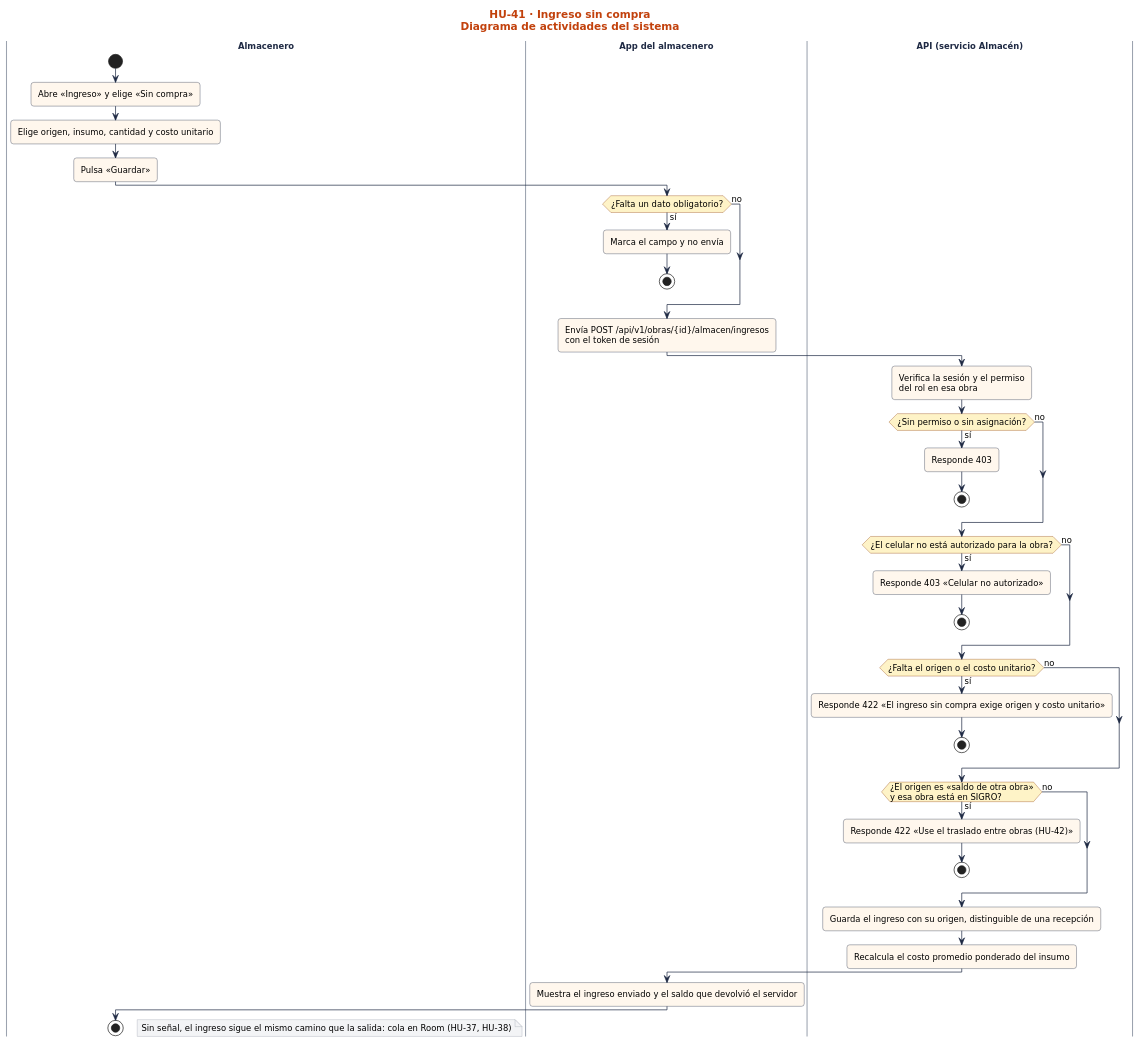
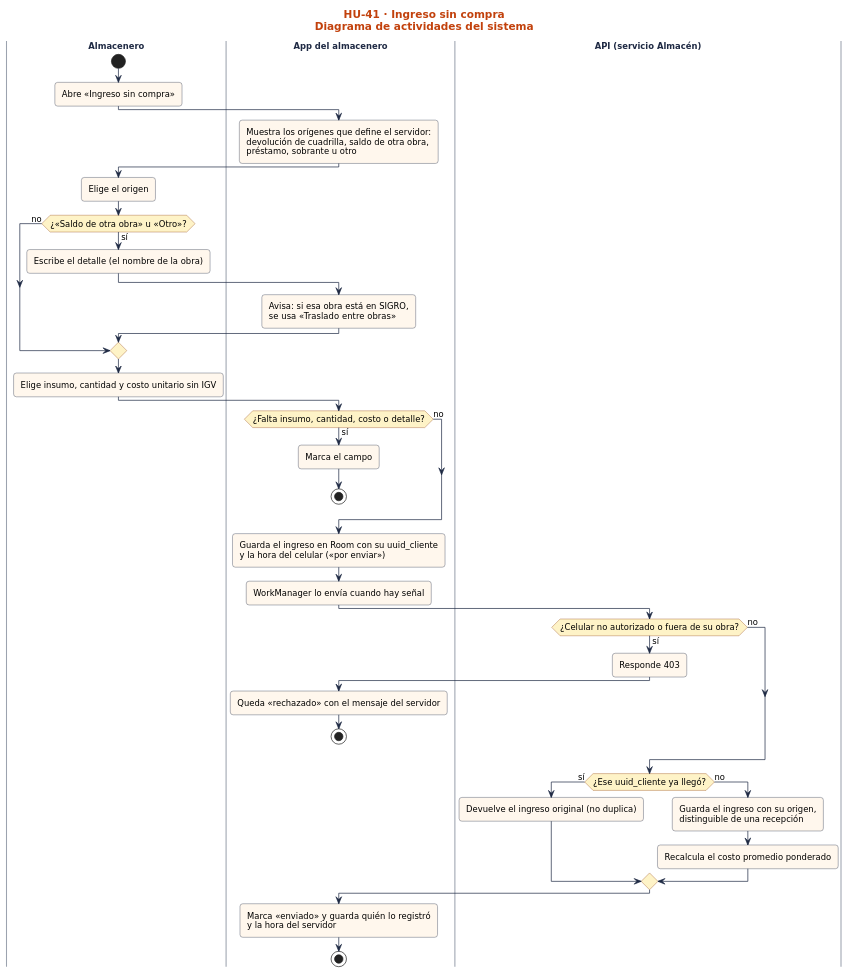
Before and after one commit to nandoestebanif/sevens-sigro: the diagram in docs/sprint-2/diagramas-hu/hu-41-ingreso-sin-compra/actividades.puml, drawn with PlantUML. The commit also changed 3 other files, not shown here.

First line of the commit message:
docs(HU-41): diagramas de actividades y secuencia según el código de la app

```diff
--- a/docs/sprint-2/diagramas-hu/hu-41-ingreso-sin-compra/actividades.puml
+++ b/docs/sprint-2/diagramas-hu/hu-41-ingreso-sin-compra/actividades.puml
@@ -1,76 +1,76 @@
 @startuml
 skinparam defaultFontName "DejaVu Sans"
 skinparam defaultFontSize 12
 skinparam shadowing false
 skinparam roundCorner 8
 skinparam ArrowColor #1F2A44
 skinparam ActivityBorderColor #1F2A44
 skinparam ActivityBackgroundColor #FFF7ED
 skinparam ActivityDiamondBackgroundColor #FEF3C7
 skinparam ActivityDiamondBorderColor #92400E
 skinparam SwimlaneTitleFontStyle bold
 skinparam SwimlaneTitleFontColor #1F2A44
 skinparam SwimlaneBorderColor #9CA3AF
 skinparam PartitionBorderColor #9CA3AF
 skinparam ParticipantBorderColor #1F2A44
 skinparam ParticipantBackgroundColor #FFF7ED
 skinparam ActorBorderColor #1F2A44
 skinparam ActorBackgroundColor #FFF7ED
 skinparam DatabaseBorderColor #1F2A44
 skinparam DatabaseBackgroundColor #E0E7FF
 skinparam SequenceLifeLineBorderColor #9CA3AF
 skinparam SequenceGroupBorderColor #C2410C
 skinparam SequenceGroupHeaderFontColor #C2410C
 skinparam StateBorderColor #1F2A44
 skinparam StateBackgroundColor #FFF7ED
 skinparam StateStartColor #1F2A44
 skinparam StateEndColor #1F2A44
 skinparam NoteBackgroundColor #F3F4F6
 skinparam NoteBorderColor #9CA3AF
 skinparam TitleFontSize 15
 skinparam TitleFontColor #C2410C
 skinparam ClassBorderColor #1F2A44
 skinparam ClassBackgroundColor #FFF7ED
 title HU-41 · Ingreso sin compra\nDiagrama de actividades del sistema
 |Almacenero|
 start
-:Abre «Ingreso» y elige «Sin compra»;
-:Elige origen, insumo, cantidad y costo unitario;
-:Pulsa «Guardar»;
+:Abre «Ingreso sin compra»;
 |App del almacenero|
-if (¿Falta un dato obligatorio?) then (sí)
-:Marca el campo y no envía;
-stop
+:Muestra los orígenes que define el servidor:\ndevolución de cuadrilla, saldo de otra obra,\npréstamo, sobrante u otro;
+|Almacenero|
+:Elige el origen;
+if (¿«Saldo de otra obra» u «Otro»?) then (sí)
+  :Escribe el detalle (el nombre de la obra);
+  |App del almacenero|
+  :Avisa: si esa obra está en SIGRO,\nse usa «Traslado entre obras»;
 else (no)
 endif
-:Envía POST /api/v1/obras/{id}/almacen/ingresos\ncon el token de sesión;
-|API (servicio Almacén)|
-:Verifica la sesión y el permiso\ndel rol en esa obra;
-if (¿Sin permiso o sin asignación?) then (sí)
-:Responde 403;
-stop
+|Almacenero|
+:Elige insumo, cantidad y costo unitario sin IGV;
+|App del almacenero|
+if (¿Falta insumo, cantidad, costo o detalle?) then (sí)
+  :Marca el campo;
+  stop
 else (no)
 endif
-if (¿El celular no está autorizado para la obra?) then (sí)
-:Responde 403 «Celular no autorizado»;
-stop
+:Guarda el ingreso en Room con su uuid_cliente\ny la hora del celular («por enviar»);
+:WorkManager lo envía cuando hay señal;
+|API (servicio Almacén)|
+if (¿Celular no autorizado o fuera de su obra?) then (sí)
+  :Responde 403;
+  |App del almacenero|
+  :Queda «rechazado» con el mensaje del servidor;
+  stop
 else (no)
 endif
-if (¿Falta el origen o el costo unitario?) then (sí)
-:Responde 422 «El ingreso sin compra exige origen y costo unitario»;
+|API (servicio Almacén)|
+if (¿Ese uuid_cliente ya llegó?) then (sí)
+  :Devuelve el ingreso original (no duplica);
+else (no)
+  :Guarda el ingreso con su origen,\ndistinguible de una recepción;
+  :Recalcula el costo promedio ponderado;
+endif
+|App del almacenero|
+:Marca «enviado» y guarda quién lo registró\ny la hora del servidor;
 stop
-else (no)
-endif
-if (¿El origen es «saldo de otra obra»\ny esa obra está en SIGRO?) then (sí)
-:Responde 422 «Use el traslado entre obras (HU-42)»;
-stop
-else (no)
-endif
-:Guarda el ingreso con su origen, distinguible de una recepción;
-:Recalcula el costo promedio ponderado del insumo;
-|App del almacenero|
-:Muestra el ingreso enviado y el saldo que devolvió el servidor;
-|Almacenero|
-stop
-floating note right: Sin señal, el ingreso sigue el mismo camino que la salida: cola en Room (HU-37, HU-38)
 @enduml
```
